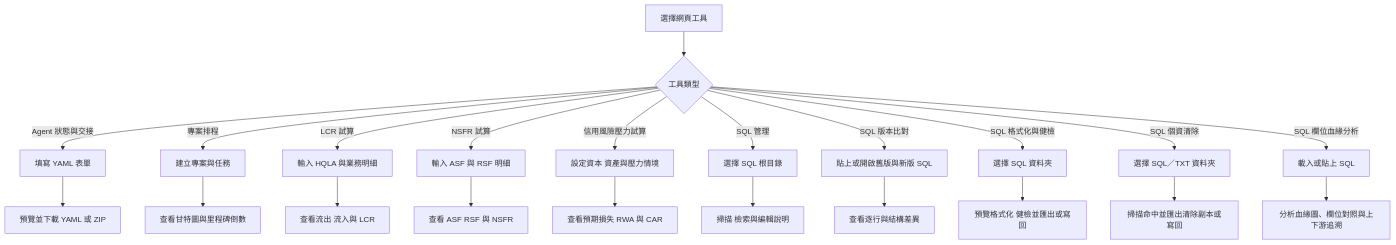
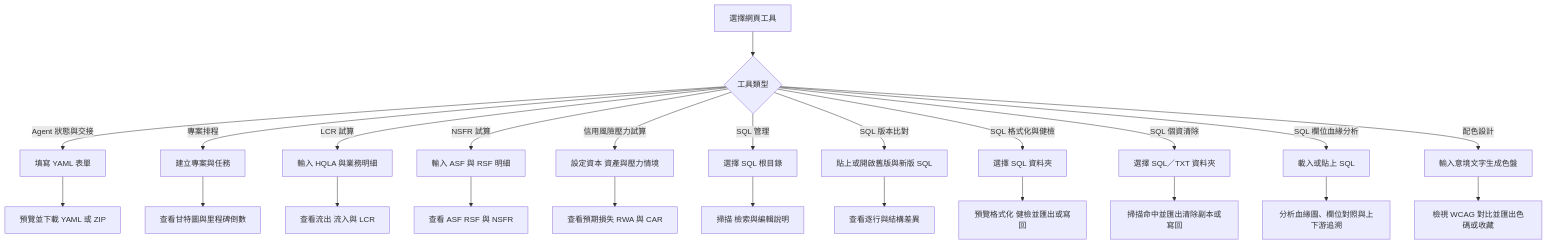
One commit to DunkLiao/my-spa-tools changed the first of 13 diagrams in README.md. Above: the diagram before and after it, drawn with Mermaid. The commit also changed other lines of this file and 37 other files, not shown here.

````diff
--- a/README.md
+++ b/README.md
@@ -57,24 +88,26 @@
 ```mermaid
 flowchart TD
     A[選擇網頁工具] --> B{工具類型}
     B -->|Agent 狀態與交接| C[填寫 YAML 表單]
     B -->|專案排程| D[建立專案與任務]
     B -->|LCR 試算| E[輸入 HQLA 與業務明細]
     B -->|NSFR 試算| K[輸入 ASF 與 RSF 明細]
     B -->|信用風險壓力試算| U[設定資本 資產與壓力情境]
     B -->|SQL 管理| I[選擇 SQL 根目錄]
     B -->|SQL 版本比對| M[貼上或開啟舊版與新版 SQL]
     B -->|SQL 格式化與健檢| N[選擇 SQL 資料夾]
     B -->|SQL 個資清除| Q[選擇 SQL／TXT 資料夾]
     B -->|SQL 欄位血緣分析| S[載入或貼上 SQL]
+    B -->|配色設計| W[輸入意境文字生成色盤]
     C --> F[預覽並下載 YAML 或 ZIP]
     D --> G[查看甘特圖與里程碑倒數]
     E --> H[查看流出 流入與 LCR]
     K --> L[查看 ASF RSF 與 NSFR]
     U --> V[查看預期損失 RWA 與 CAR]
     I --> J[掃描 檢索與編輯說明]
     M --> O[查看逐行與結構差異]
     N --> P[預覽格式化 健檢並匯出或寫回]
     Q --> R[掃描命中並匯出清除副本或寫回]
     S --> T[分析血緣圖、欄位對照與上下游追溯]
+    W --> X[檢視 WCAG 對比並匯出色碼或收藏]
 ```
````
